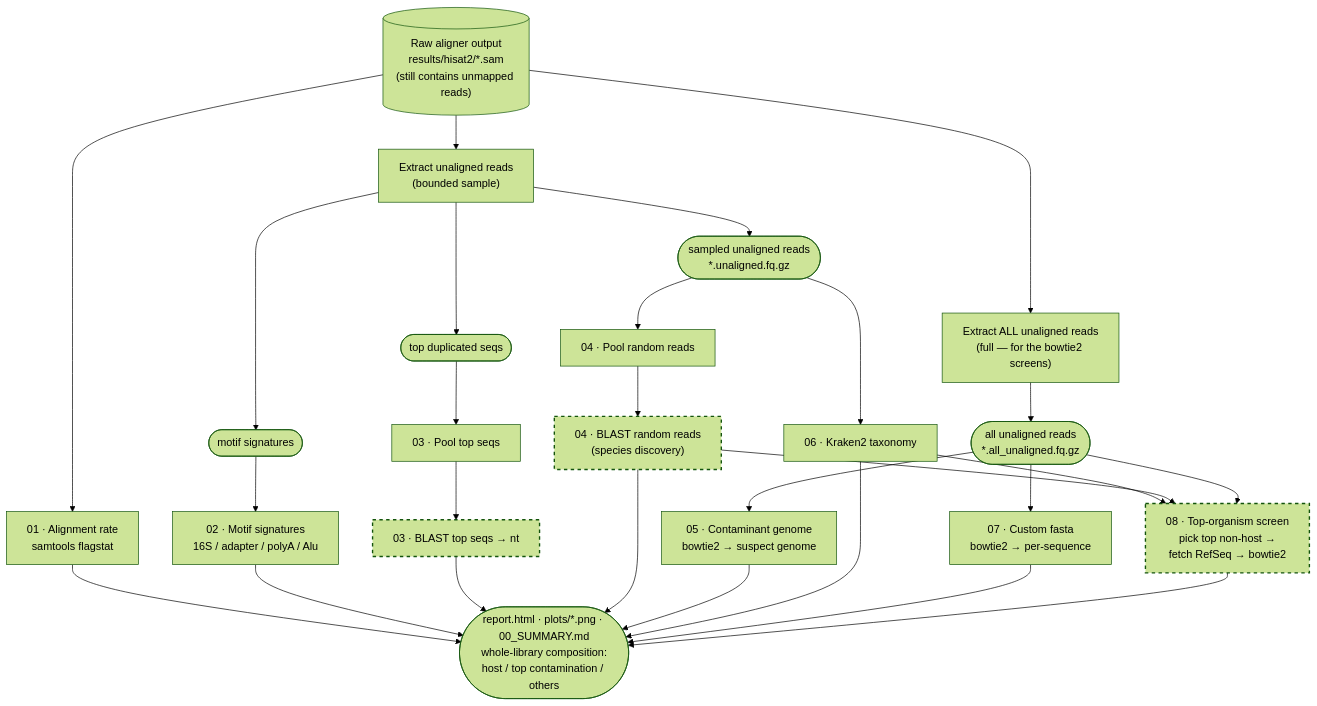
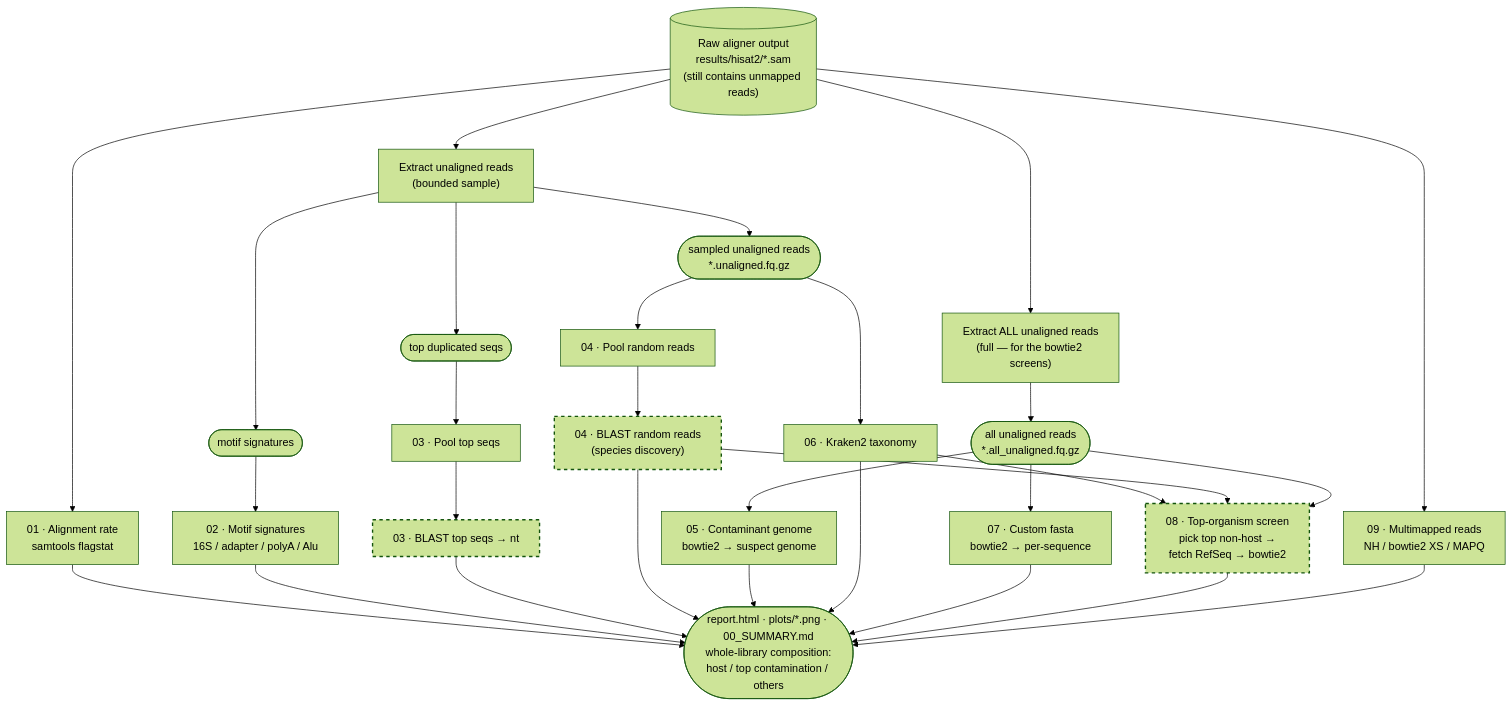
The diagram in docs/WORKFLOW.md (gynecoloji/snakemake_debug), drawn with Mermaid (forest theme) before and after one commit. The commit also changed other lines of this file and 11 other files, not shown here.

````diff
--- a/docs/WORKFLOW.md
+++ b/docs/WORKFLOW.md
@@ -12,36 +13,38 @@
 ```mermaid
 flowchart TD
     IN[("Raw aligner output<br/>results/hisat2/*.sam<br/>(still contains unmapped reads)")]
 
     IN --> S01["01 · Alignment rate<br/>samtools flagstat"]
+    IN --> SMM["09 · Multimapped reads<br/>NH / bowtie2 XS / MAPQ"]
     IN --> S02["Extract unaligned reads<br/>(bounded sample)"]
     IN --> S07["Extract ALL unaligned reads<br/>(full — for the bowtie2 screens)"]
 
     S02 --> FQ(["sampled unaligned reads<br/>*.unaligned.fq.gz"])
     S02 --> TS(["top duplicated seqs"])
     S02 --> SG(["motif signatures"])
     S07 --> AFQ(["all unaligned reads<br/>*.all_unaligned.fq.gz"])
 
     SG --> S03["02 · Motif signatures<br/>16S / adapter / polyA / Alu"]
     TS --> S04["03 · Pool top seqs"] --> B4["03 · BLAST top seqs → nt"]
     FQ --> S4B["04 · Pool random reads"] --> B4B["04 · BLAST random reads<br/>(species discovery)"]
     FQ --> S06["06 · Kraken2 taxonomy"]
     AFQ --> S05["05 · Contaminant genome<br/>bowtie2 → suspect genome"]
     AFQ --> S08["07 · Custom fasta<br/>bowtie2 → per-sequence"]
 
     S06 --> S09["08 · Top-organism screen<br/>pick top non-host →<br/>fetch RefSeq → bowtie2"]
     B4B --> S09
     AFQ --> S09
 
     S01 --> OUT(["report.html · plots/*.png · 00_SUMMARY.md<br/>whole-library composition:<br/>host / top contamination / others"])
     S03 --> OUT
     B4 --> OUT
     B4B --> OUT
     S05 --> OUT
     S06 --> OUT
     S08 --> OUT
     S09 --> OUT
+    SMM --> OUT
 
     classDef login stroke-width:2px,stroke-dasharray:5 5
     class B4,B4B,S09 login
 ```
````
